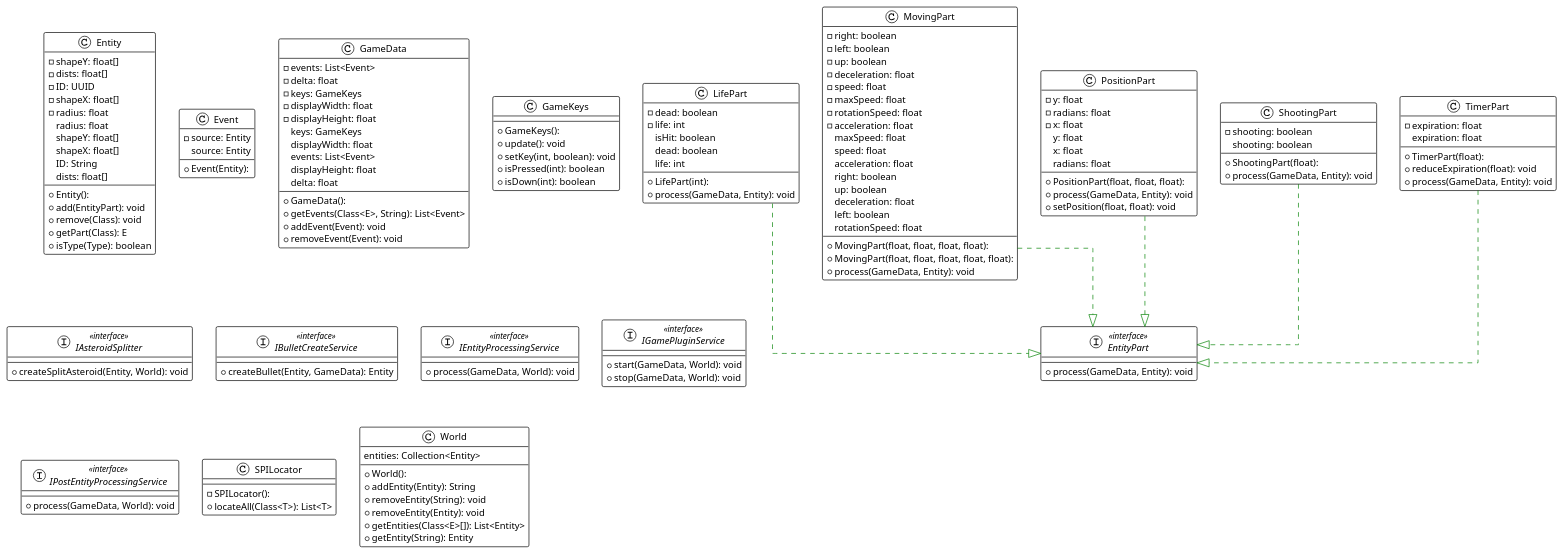
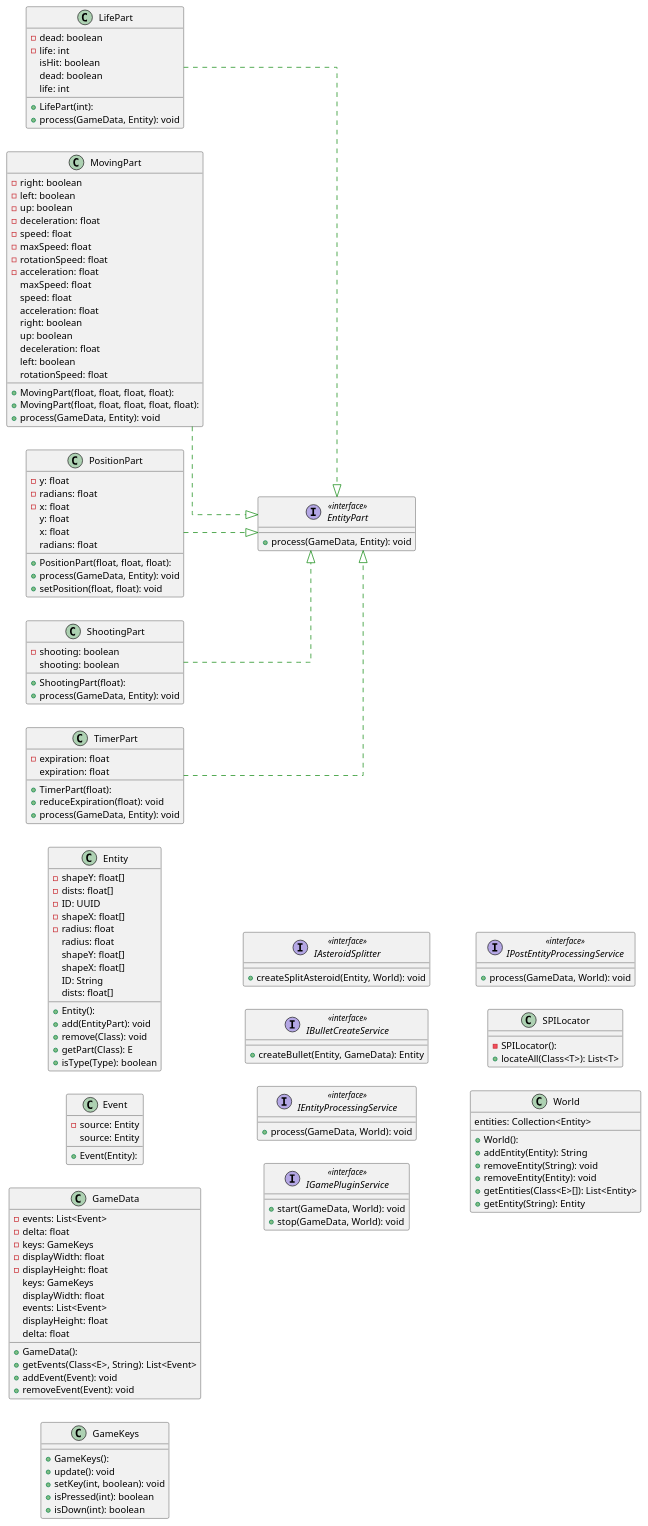
The diagram in MyAsteroidsGame/Docs/Class diagrams/Common.plantuml (JfriisJ/SI4-KBS), drawn with PlantUML before and after one commit. The commit also changed 5 other files, not shown here.

Commit message:
added diagrams

```diff
--- a/MyAsteroidsGame/Docs/Class diagrams/Common.plantuml
+++ b/MyAsteroidsGame/Docs/Class diagrams/Common.plantuml
@@ -1,144 +1,142 @@
 @startuml
-
-!theme plain
-top to bottom direction
+left to right direction
 skinparam linetype ortho
 
 class Entity {
-  + Entity(): 
+  + Entity():
   - shapeY: float[]
   - dists: float[]
   - ID: UUID
   - shapeX: float[]
   - radius: float
   + add(EntityPart): void
   + remove(Class): void
   + getPart(Class): E
   + isType(Type): boolean
    radius: float
    shapeY: float[]
    shapeX: float[]
    ID: String
    dists: float[]
 }
 interface EntityPart << interface >> {
   + process(GameData, Entity): void
 }
 class Event {
-  + Event(Entity): 
+  + Event(Entity):
   - source: Entity
    source: Entity
 }
 class GameData {
-  + GameData(): 
+  + GameData():
   - events: List<Event>
   - delta: float
   - keys: GameKeys
   - displayWidth: float
   - displayHeight: float
   + getEvents(Class<E>, String): List<Event>
   + addEvent(Event): void
   + removeEvent(Event): void
    keys: GameKeys
    displayWidth: float
    events: List<Event>
    displayHeight: float
    delta: float
 }
 class GameKeys {
-  + GameKeys(): 
+  + GameKeys():
   + update(): void
   + setKey(int, boolean): void
   + isPressed(int): boolean
   + isDown(int): boolean
 }
 interface IAsteroidSplitter << interface >> {
   + createSplitAsteroid(Entity, World): void
 }
 interface IBulletCreateService << interface >> {
   + createBullet(Entity, GameData): Entity
 }
 interface IEntityProcessingService << interface >> {
   + process(GameData, World): void
 }
 interface IGamePluginService << interface >> {
   + start(GameData, World): void
   + stop(GameData, World): void
 }
 interface IPostEntityProcessingService << interface >> {
   + process(GameData, World): void
 }
 class LifePart {
   + LifePart(int): 
   - dead: boolean
   - life: int
   + process(GameData, Entity): void
    isHit: boolean
    dead: boolean
    life: int
 }
 class MovingPart {
   + MovingPart(float, float, float, float): 
   + MovingPart(float, float, float, float, float): 
   - right: boolean
   - left: boolean
   - up: boolean
   - deceleration: float
   - speed: float
   - maxSpeed: float
   - rotationSpeed: float
   - acceleration: float
   + process(GameData, Entity): void
    maxSpeed: float
    speed: float
    acceleration: float
    right: boolean
    up: boolean
    deceleration: float
    left: boolean
    rotationSpeed: float
 }
 class PositionPart {
   + PositionPart(float, float, float): 
   - y: float
   - radians: float
   - x: float
   + process(GameData, Entity): void
   + setPosition(float, float): void
    y: float
    x: float
    radians: float
 }
 class SPILocator {
-  - SPILocator(): 
+  - SPILocator():
   + locateAll(Class<T>): List<T>
 }
 class ShootingPart {
   + ShootingPart(float): 
   - shooting: boolean
   + process(GameData, Entity): void
    shooting: boolean
 }
 class TimerPart {
   + TimerPart(float): 
   - expiration: float
   + reduceExpiration(float): void
   + process(GameData, Entity): void
    expiration: float
 }
 class World {
-  + World(): 
+  + World():
   + addEntity(Entity): String
   + removeEntity(String): void
   + removeEntity(Entity): void
   + getEntities(Class<E>[]): List<Entity>
   + getEntity(String): Entity
    entities: Collection<Entity>
 }
 
 LifePart                      -[#008200,dashed]-^  EntityPart                   
 MovingPart                    -[#008200,dashed]-^  EntityPart                   
 PositionPart                  -[#008200,dashed]-^  EntityPart                   
 ShootingPart                  -[#008200,dashed]-^  EntityPart                   
 TimerPart                     -[#008200,dashed]-^  EntityPart                   
 @enduml
```
